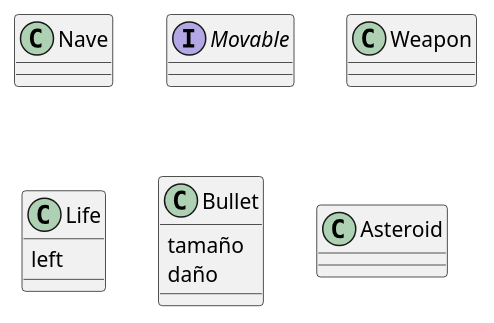
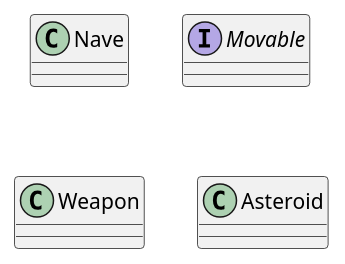
One commit to micaeladominguez/starships-mica-dominguez changed the diagram in diagrams/Starships.puml. Above: the diagram before and after it, drawn with PlantUML. The commit also changed 12 other files, not shown here.

```diff
--- a/diagrams/Starships.puml
+++ b/diagrams/Starships.puml
@@ -1,28 +1,14 @@
 @startuml
 'https://plantuml.com/class-diagram
 
-class Nave {
-
-}
-
+class Nave {}
 interface Movable {}
-
 class Weapon {}
-
-class Life {
-   left
-}
-
-class Bullet {
-   tamaño
-   daño
-}
-
 class Asteroid {}
 
 
 
 
 
 
 @enduml
```
